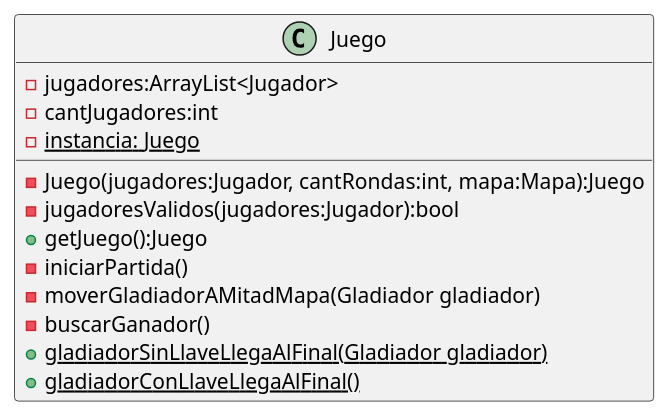
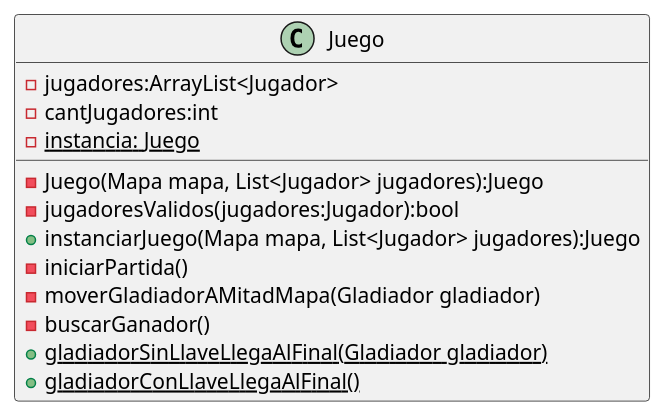
The diagram in diagrams/clases/clase_juego.plantuml (mcumskov/Algo3_tp2), drawn with PlantUML before and after one commit. The commit also changed 2 other files, not shown here.

Commit message:
actualizo diagramas de clase

```diff
--- a/diagrams/clases/clase_juego.plantuml
+++ b/diagrams/clases/clase_juego.plantuml
@@ -1,16 +1,16 @@
 @startuml
 class Juego {
     - jugadores:ArrayList<Jugador>
     - cantJugadores:int
     - {static}instancia: Juego
-    - Juego(jugadores:Jugador, cantRondas:int, mapa:Mapa):Juego
+    - Juego(Mapa mapa, List<Jugador> jugadores):Juego
     - jugadoresValidos(jugadores:Jugador):bool
-    + getJuego():Juego
+    + instanciarJuego(Mapa mapa, List<Jugador> jugadores):Juego
     - iniciarPartida()
     - moverGladiadorAMitadMapa(Gladiador gladiador)
     - buscarGanador()
     + {static}gladiadorSinLlaveLlegaAlFinal(Gladiador gladiador)
     + {static} gladiadorConLlaveLlegaAlFinal()
 
 }
 @enduml
```
